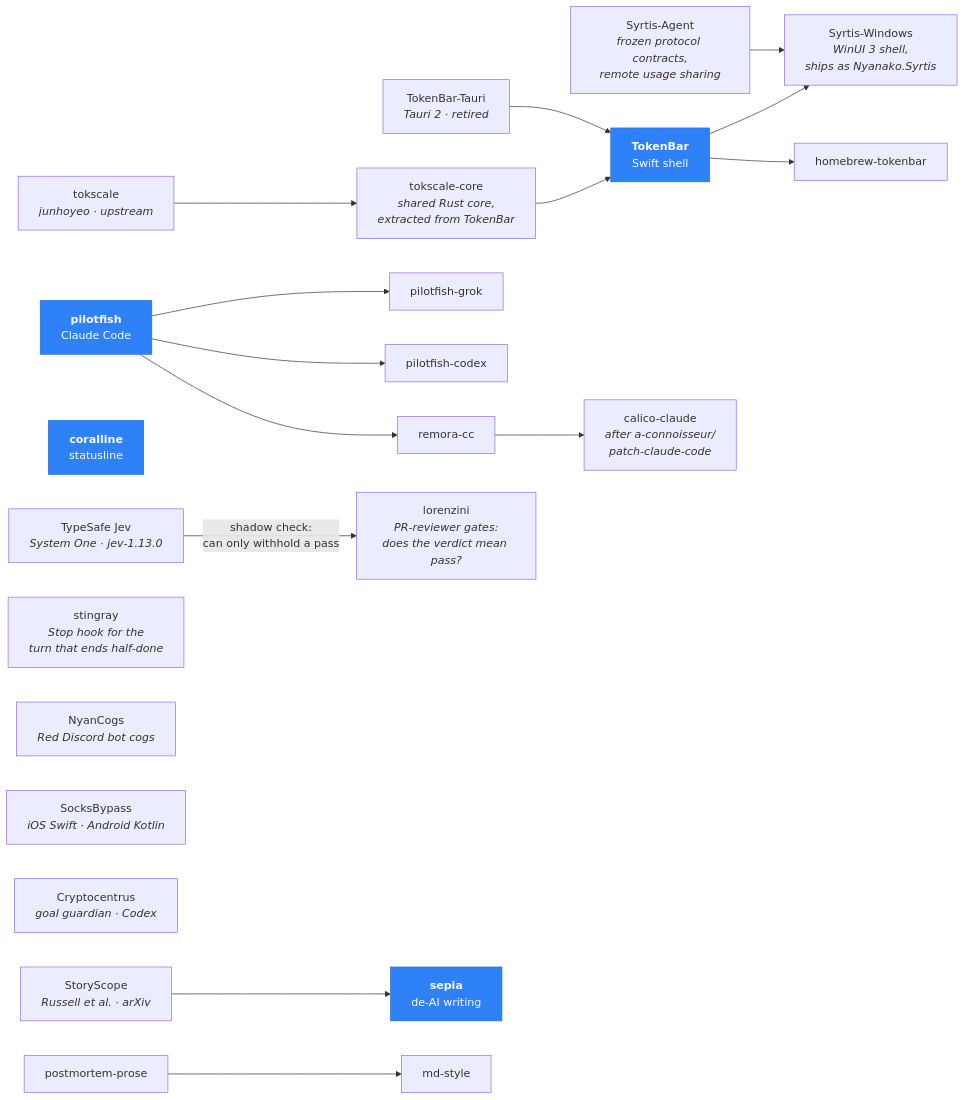
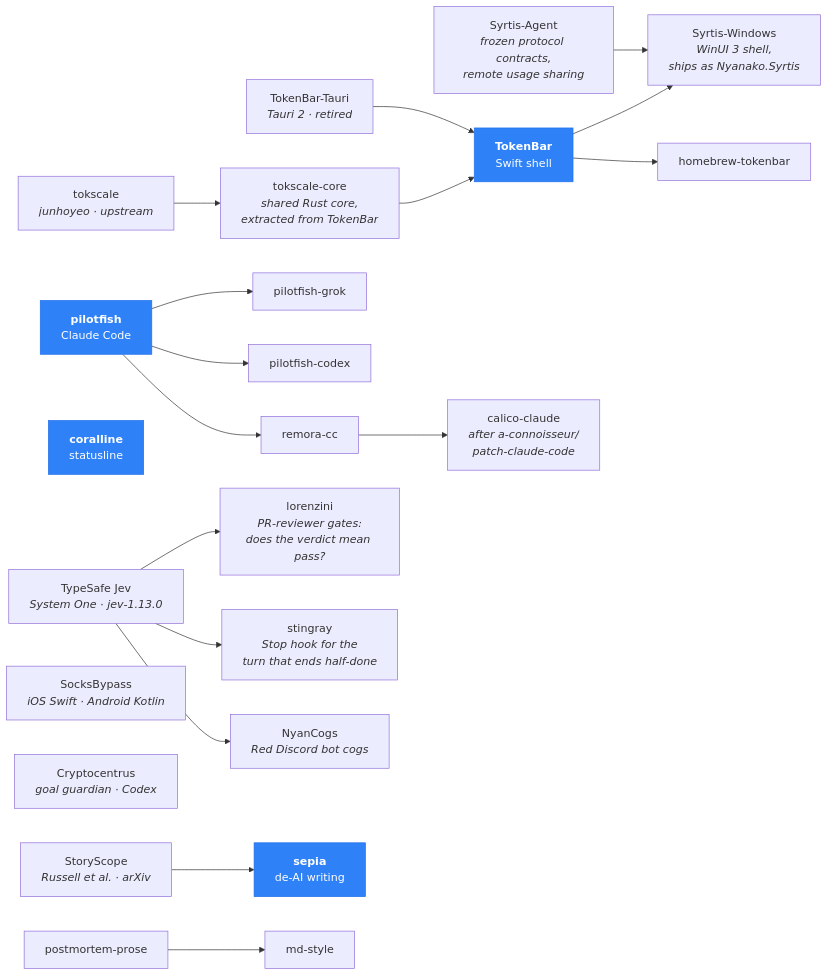
The diagram in README.md (Nanako0129/Nanako0129), drawn with Mermaid before and after one commit.

Commit message:
docs(readme): fan TypeSafe Jev out to every repo that actually calls it
The previous lineage edge treated Jev as a lorenzini-only shadow check.
Local source and GitHub contents show three public consumers, each pinning
jev-1.13.0 against api.typesafe.ai:

- lorenzini: opt-in JEV_SHADOW in coderabbit-review-wait (poll-coderabbit.sh,
  jev.sh). Unidirectional: can only withhold a pass, never grant one.
- stingray: Stop-hook shapes 1 and 2 are Jev language judgments; shape 3
  falls through to Jev only when background work is actually running.
- NyanCogs: MessageWatch scores Discord windows with Jev and never acts
  on its own.

Cryptocentrus stays unlinked: its Stop hook asks Claude, not Jev.
jev-research stays off the page: local-only, not a GitHub repo.

The fan-out uses unlabeled arrows, matching tokscale and StoryScope.
That also drops the unverified `<br/>` inside an edge label.

````diff
--- a/README.md
+++ b/README.md
@@ -117,27 +117,27 @@
 ```mermaid
 graph LR
   TS["tokscale<br/><i>junhoyeo · upstream</i>"] --> TC["tokscale-core<br/><i>shared Rust core,<br/>extracted from TokenBar</i>"]
   TC --> T2
   T1["TokenBar-Tauri<br/><i>Tauri 2 · retired</i>"] --> T2["<b>TokenBar</b><br/>Swift shell"]
   T2 --> T3["Syrtis-Windows<br/><i>WinUI 3 shell,<br/>ships as Nyanako.Syrtis</i>"]
   T2 --> T4["homebrew-tokenbar"]
   SY["Syrtis-Agent<br/><i>frozen protocol contracts,<br/>remote usage sharing</i>"] --> T3
 
   P1["<b>pilotfish</b><br/>Claude Code"] --> P2["pilotfish-grok"]
   P1 --> P3["pilotfish-codex"]
   P1 --> P4["remora-cc"]
   P4 --> P5["calico-claude<br/><i>after a-connoisseur/<br/>patch-claude-code</i>"]
 
   C1["<b>coralline</b><br/>statusline"]
-  JV["TypeSafe Jev<br/><i>System One · jev-1.13.0</i>"] -->|"shadow check:<br/>can only withhold a pass"| L1["lorenzini<br/><i>PR-reviewer gates:<br/>does the verdict mean pass?</i>"]
-  ST["stingray<br/><i>Stop hook for the<br/>turn that ends half-done</i>"]
-  N1["NyanCogs<br/><i>Red Discord bot cogs</i>"]
+  JV["TypeSafe Jev<br/><i>System One · jev-1.13.0</i>"] --> L1["lorenzini<br/><i>PR-reviewer gates:<br/>does the verdict mean pass?</i>"]
+  JV --> ST["stingray<br/><i>Stop hook for the<br/>turn that ends half-done</i>"]
+  JV --> N1["NyanCogs<br/><i>Red Discord bot cogs</i>"]
   S1["SocksBypass<br/><i>iOS Swift · Android Kotlin</i>"]
   CR["Cryptocentrus<br/><i>goal guardian · Codex</i>"]
 
   SS["StoryScope<br/><i>Russell et al. · arXiv</i>"] --> W3["<b>sepia</b><br/>de-AI writing"]
   W1["postmortem-prose"] --> W2["md-style"]
 
   classDef flagship fill:#2f81f7,stroke:#1f6feb,color:#fff
   class T2,P1,C1,W3 flagship
 ```
````
